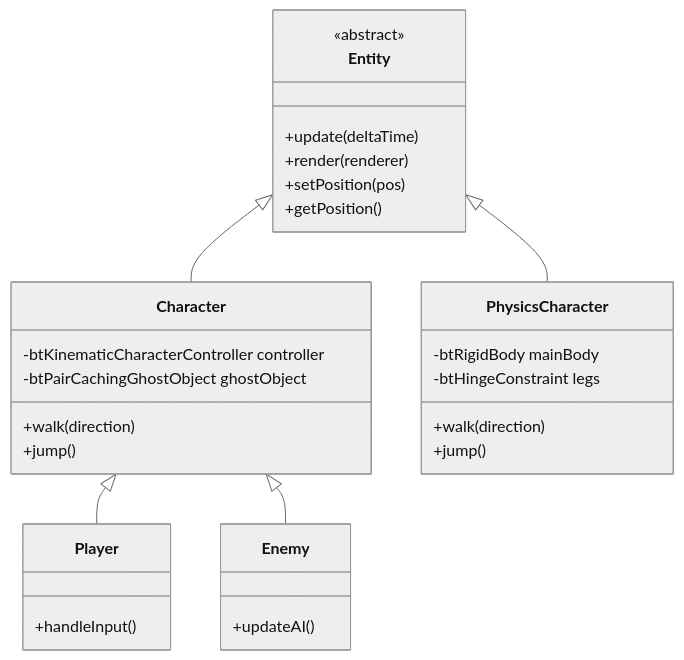
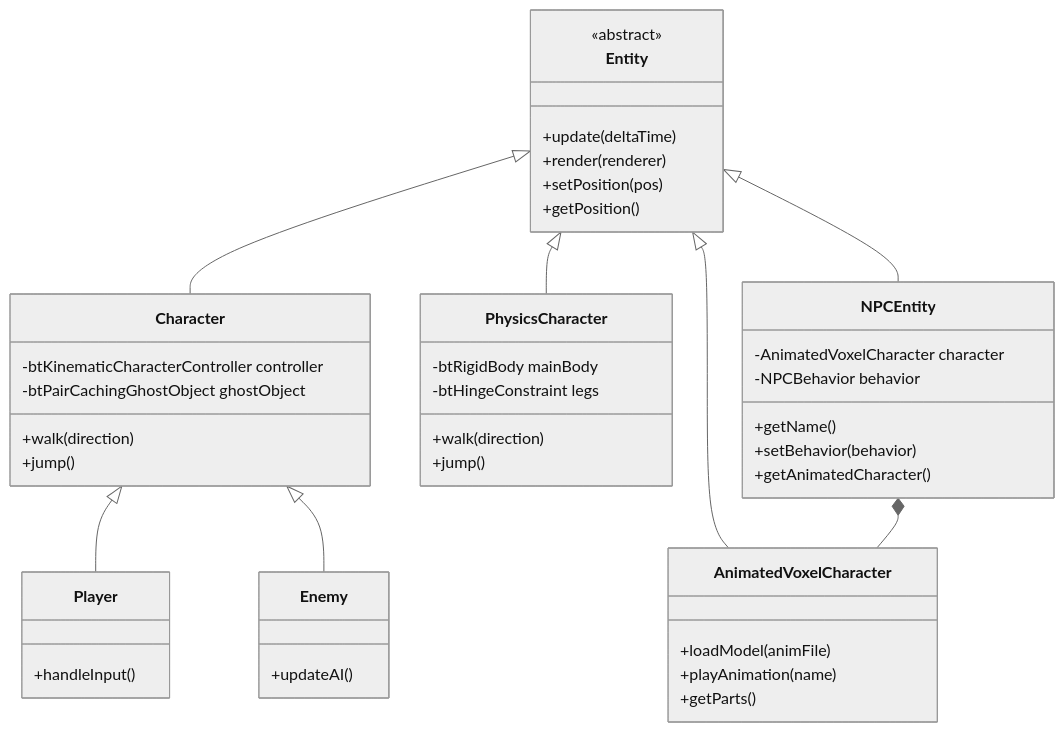
Before and after one commit to Barbarisch/phyxel: the diagram in docs/EntitySystem.md, drawn with Mermaid (neutral theme). The commit also changed other lines of this file and 56 other files, not shown here.

````diff
--- a/docs/EntitySystem.md
+++ b/docs/EntitySystem.md
@@ -11,37 +11,54 @@
 ```mermaid
 classDiagram
     class Entity {
         <<abstract>>
         +update(deltaTime)
         +render(renderer)
         +setPosition(pos)
         +getPosition()
     }
-    
+
     class Character {
         +walk(direction)
         +jump()
         -btKinematicCharacterController controller
         -btPairCachingGhostObject ghostObject
     }
-    
+
     class PhysicsCharacter {
         +walk(direction)
         +jump()
         -btRigidBody mainBody
         -btHingeConstraint legs
     }
-    
+
+    class AnimatedVoxelCharacter {
+        +loadModel(animFile)
+        +playAnimation(name)
+        +getParts()
+    }
+
+    class NPCEntity {
+        +getName()
+        +setBehavior(behavior)
+        +getAnimatedCharacter()
+        -AnimatedVoxelCharacter character
+        -NPCBehavior behavior
+    }
+
     class Player {
         +handleInput()
     }
-    
+
     class Enemy {
         +updateAI()
     }
-    
+
     Entity <|-- Character
     Entity <|-- PhysicsCharacter
+    Entity <|-- AnimatedVoxelCharacter
+    Entity <|-- NPCEntity
     Character <|-- Player
     Character <|-- Enemy
+    NPCEntity *-- AnimatedVoxelCharacter
 ```
````
